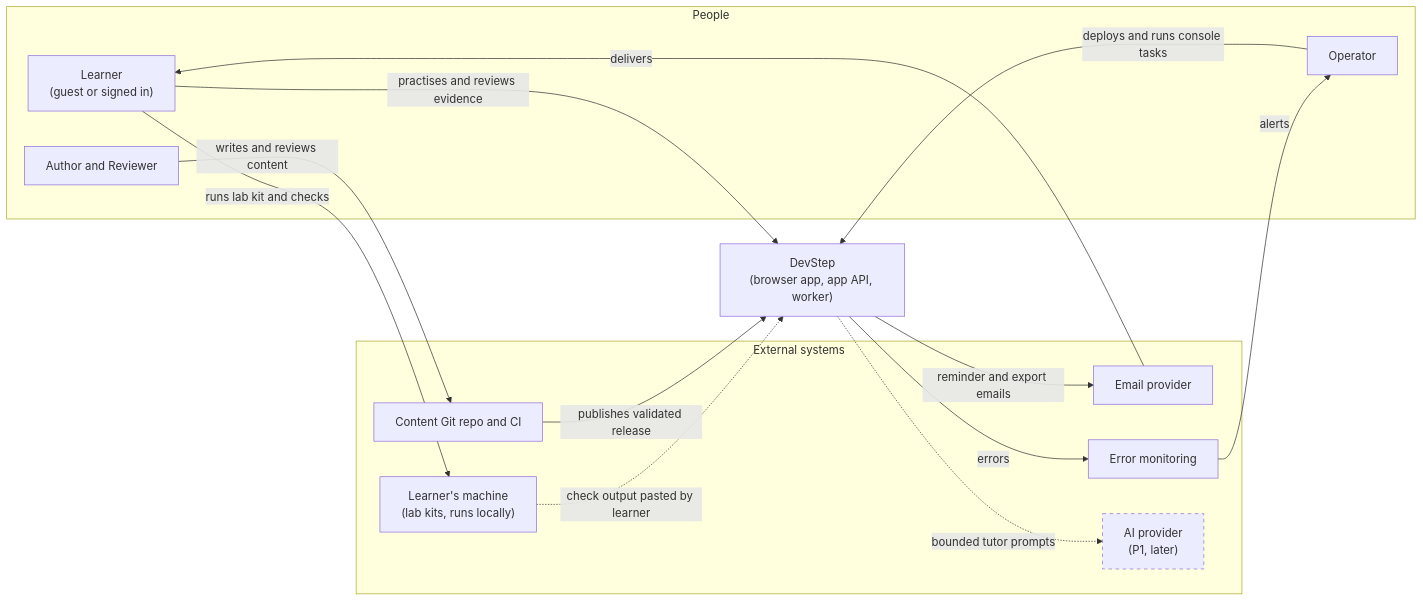
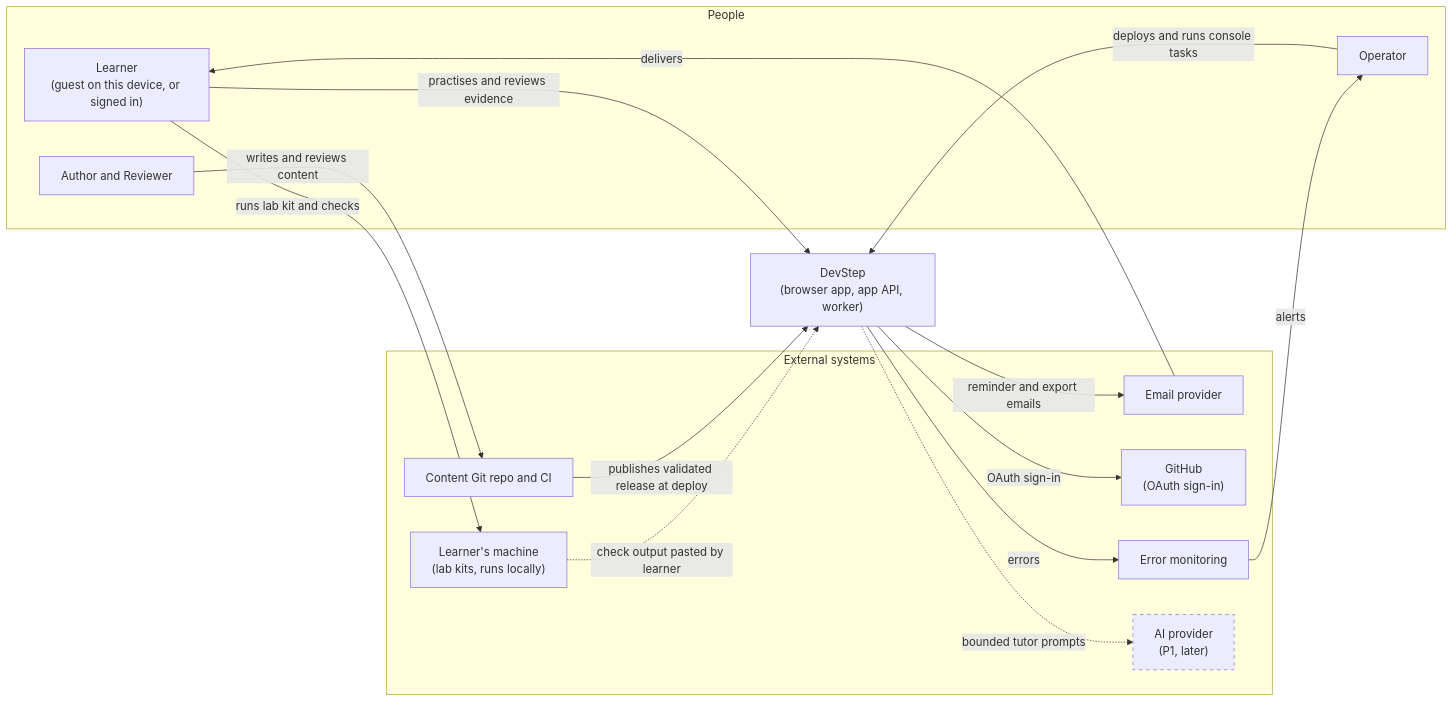
The first of 4 diagrams in devstep/docs/02-system-architecture.md (GhanshyamSoni68/app_idea), drawn with Mermaid before and after one commit. The commit also changed other lines of this file and 8 other files, not shown here.

````diff
--- a/devstep/docs/02-system-architecture.md
+++ b/devstep/docs/02-system-architecture.md
@@ -38,29 +38,31 @@
 ```mermaid
 flowchart LR
   subgraph people["People"]
-    learner["Learner<br/>(guest or signed in)"]
+    learner["Learner<br/>(guest on this device, or signed in)"]
     author["Author and Reviewer"]
     operator["Operator"]
   end
   devstep["DevStep<br/>(browser app, app API, worker)"]
   subgraph external["External systems"]
     email["Email provider"]
+    github["GitHub<br/>(OAuth sign-in)"]
     errmon["Error monitoring"]
     repo["Content Git repo and CI"]
     machine["Learner's machine<br/>(lab kits, runs locally)"]
     ai["AI provider<br/>(P1, later)"]
   end
   learner -->|practises and reviews evidence| devstep
   learner -->|runs lab kit and checks| machine
   machine -.->|check output pasted by learner| devstep
   author -->|writes and reviews content| repo
-  repo -->|publishes validated release| devstep
+  repo -->|publishes validated release at deploy| devstep
   devstep -->|reminder and export emails| email
   email -->|delivers| learner
+  devstep -->|OAuth sign-in| github
   devstep -->|errors| errmon
   errmon -->|alerts| operator
   operator -->|deploys and runs console tasks| devstep
   devstep -.->|bounded tutor prompts| ai
   classDef later stroke-dasharray: 5 5
   class ai later
 ```
````
